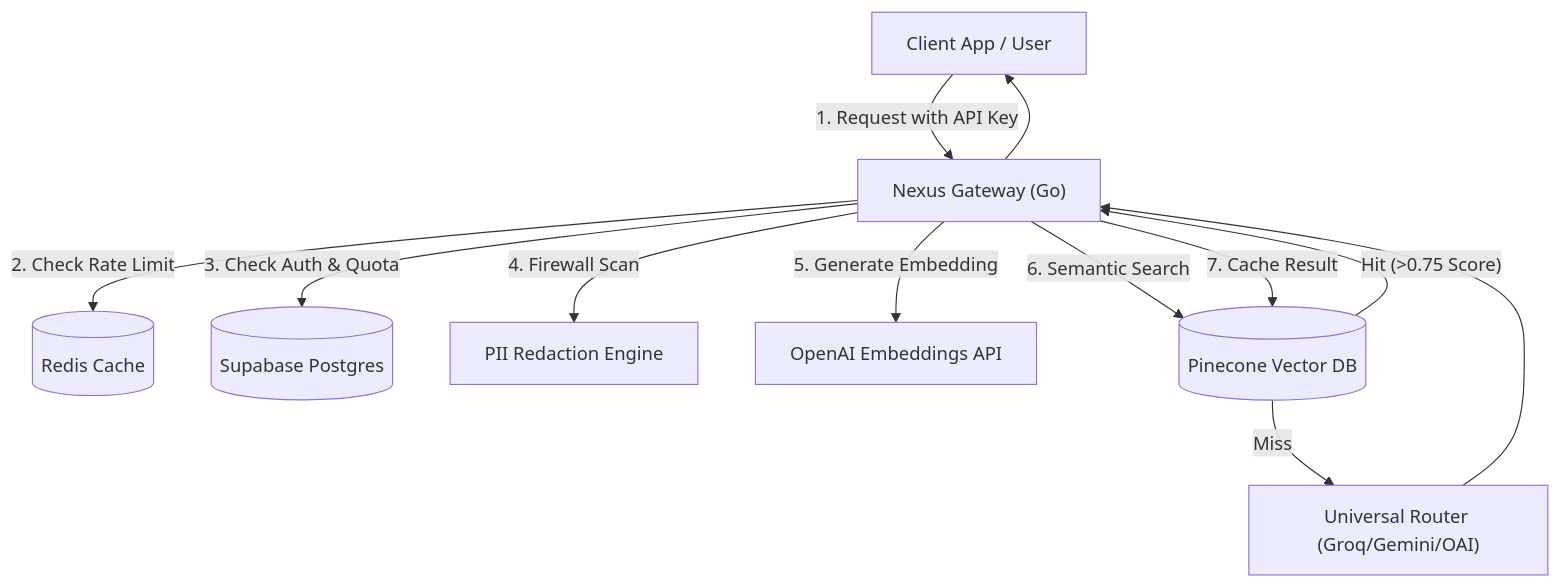
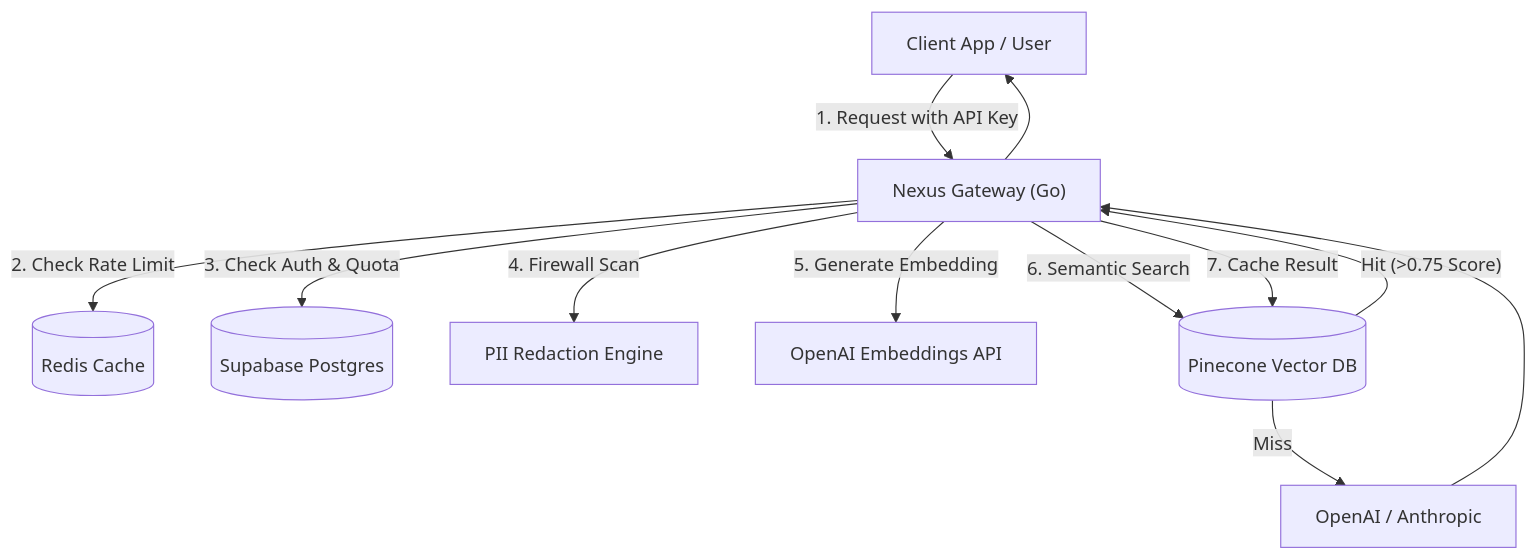
The diagram in README.md (ANANDSUNNY0899/NexusGateway), drawn with Mermaid before and after one commit. The commit also changed other lines of this file, not shown here.

````diff
--- a/README.md
+++ b/README.md
@@ -91,19 +72,19 @@
 ```mermaid
 graph TD
     User["Client App / User"] -->|1. Request with API Key| Go["Nexus Gateway (Go)"]
     Go -->|2. Check Rate Limit| Redis[("Redis Cache")]
     Go -->|3. Check Auth & Quota| DB[("Supabase Postgres")]
     
     Go -->|4. Firewall Scan| PII["PII Redaction Engine"]
     
     Go -->|5. Generate Embedding| OAI["OpenAI Embeddings API"]
     
     Go -->|6. Semantic Search| Pine[("Pinecone Vector DB")]
     
     Pine -- "Hit (>0.75 Score)" --> Go
-    Pine -- Miss --> LLM["Universal Router (Groq/Gemini/OAI)"]
+    Pine -- Miss --> LLM["OpenAI / Anthropic"]
     
     LLM --> Go
     Go -->|7. Cache Result| Pine
     Go --> User
 ```
````
